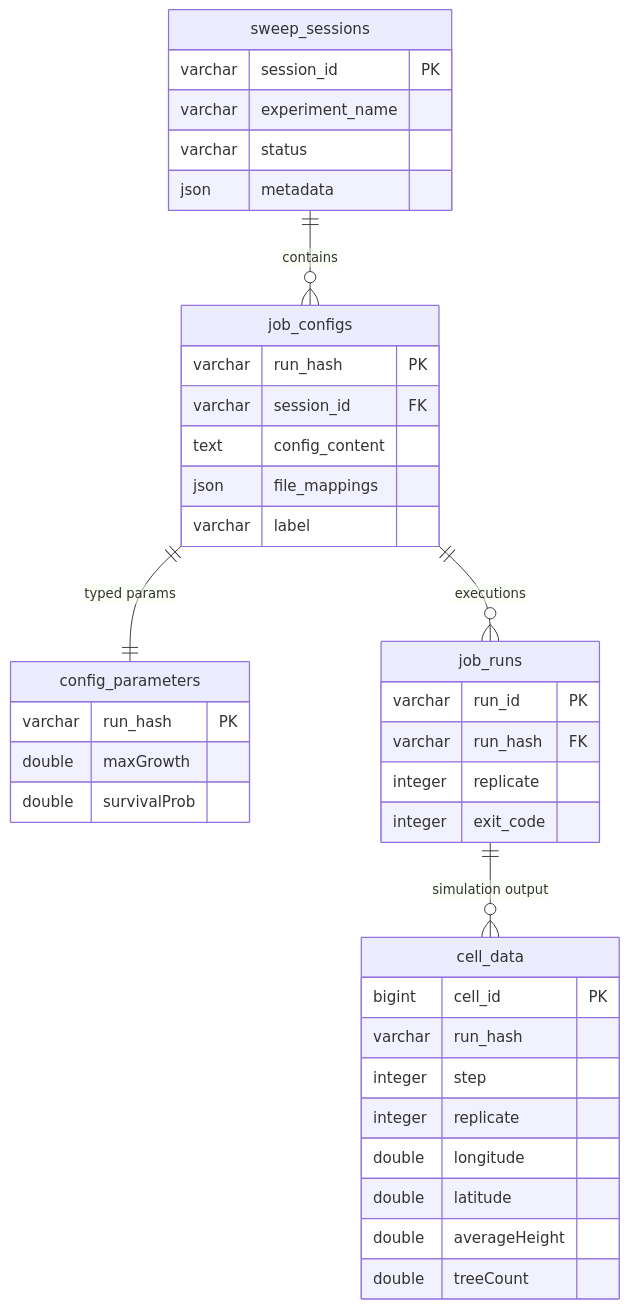
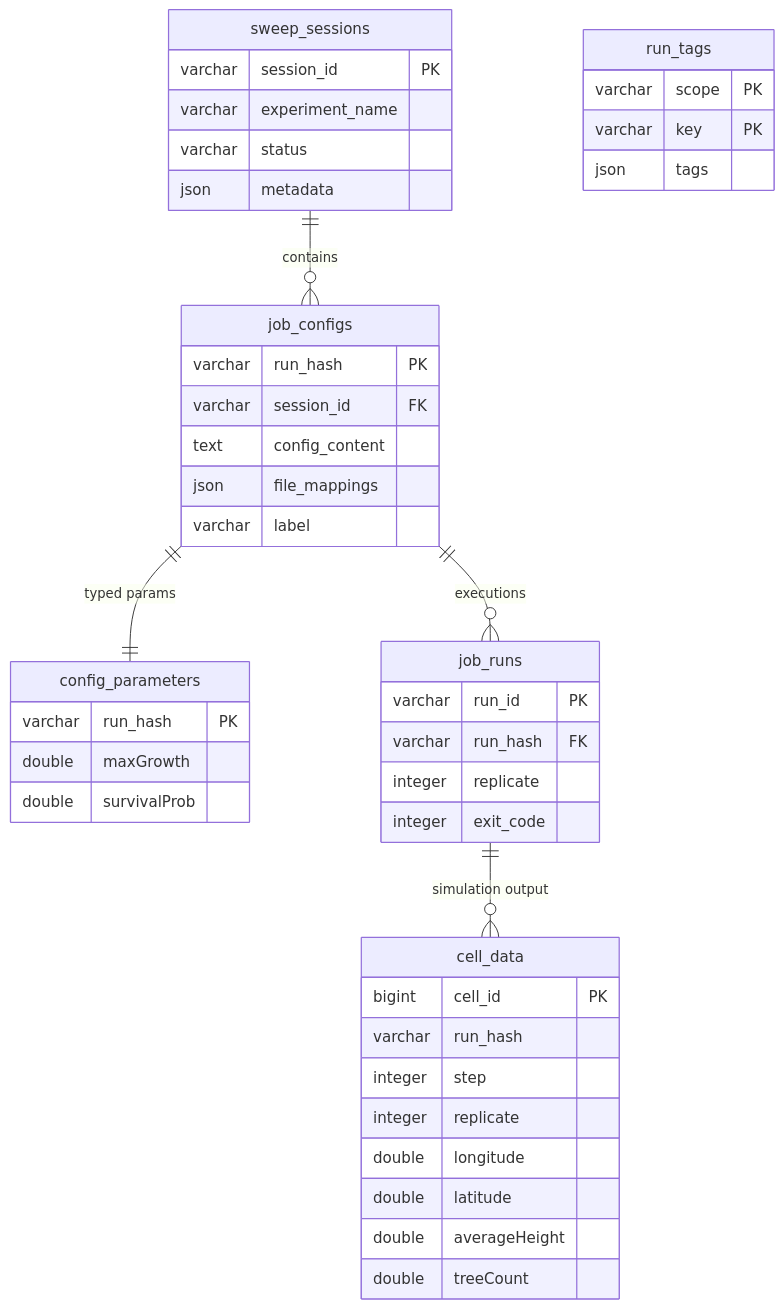
One commit to SchmidtDSE/joshpy changed the fourth of 5 diagrams in docs/architecture.qmd. Above: the diagram before and after it, drawn with Mermaid. The commit also changed other lines of this file and 4 other files, not shown here.

First line of the commit message:
docs: document run_tags and S3 registry sync

````diff
--- a/docs/architecture.qmd
+++ b/docs/architecture.qmd
@@ -254,42 +254,47 @@
 ```{mermaid}
 erDiagram
     sweep_sessions ||--o{ job_configs : contains
     job_configs ||--|| config_parameters : "typed params"
     job_configs ||--o{ job_runs : executions
     job_runs ||--o{ cell_data : "simulation output"
 
     sweep_sessions {
         varchar session_id PK
         varchar experiment_name
         varchar status
         json metadata
     }
     job_configs {
         varchar run_hash PK
         varchar session_id FK
         text config_content
         json file_mappings
         varchar label
     }
     config_parameters {
         varchar run_hash PK
         double maxGrowth
         double survivalProb
     }
     job_runs {
         varchar run_id PK
         varchar run_hash FK
         integer replicate
         integer exit_code
     }
     cell_data {
         bigint cell_id PK
         varchar run_hash
         integer step
         integer replicate
         double longitude
         double latitude
         double averageHeight
         double treeCount
     }
+    run_tags {
+        varchar scope PK
+        varchar key PK
+        json tags
+    }
 ```
````
